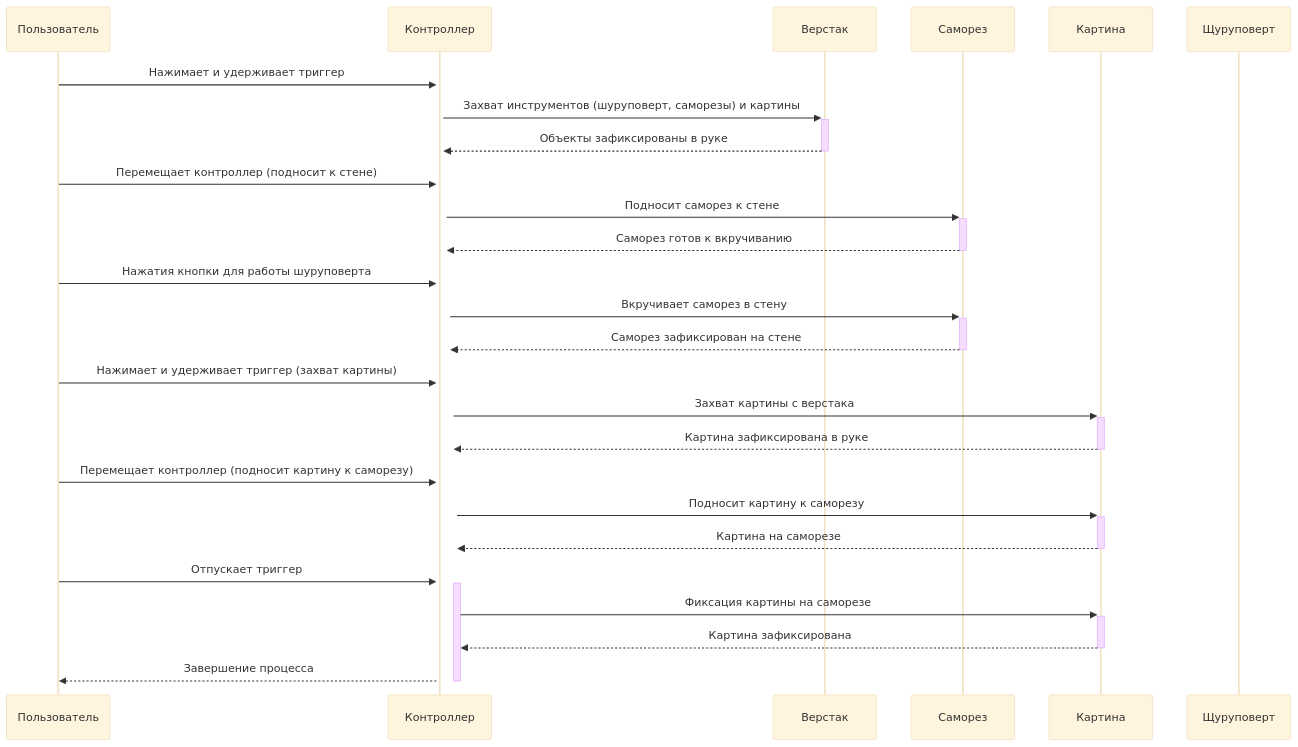
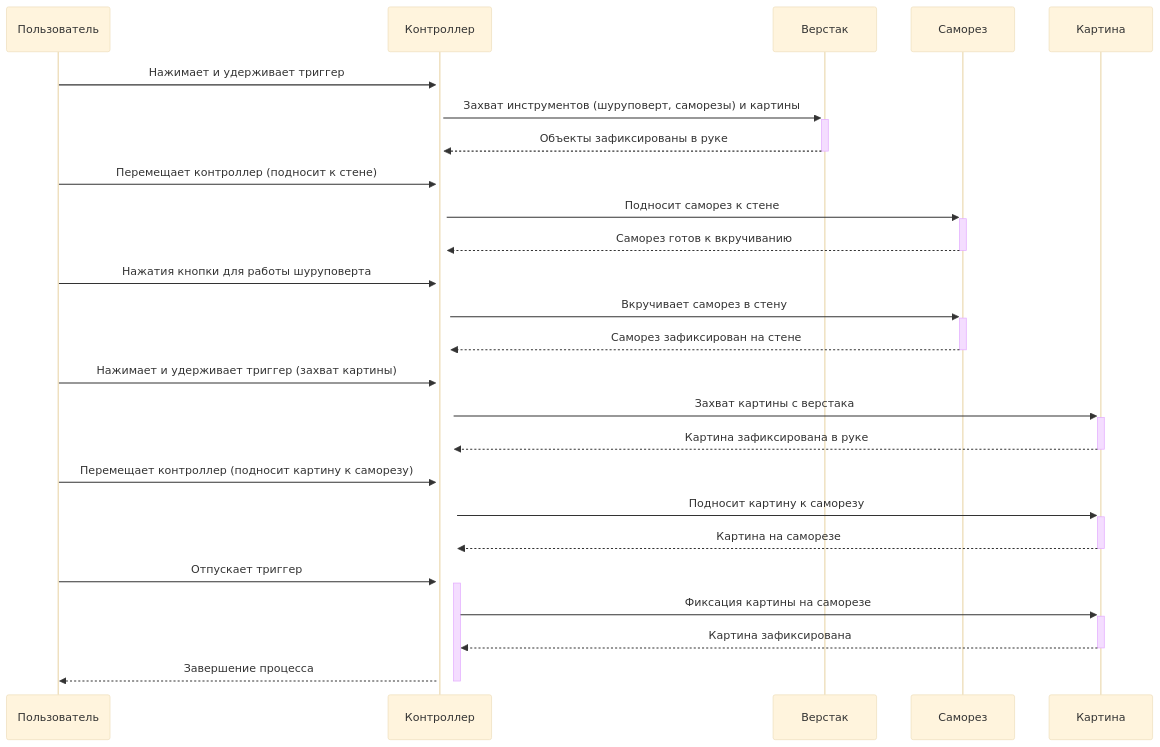
The diagram in all/не называться-1.md (NerdyCep/iodraw-files), drawn with Mermaid (base theme) before and after one commit.

Commit message:
2025-02-25 18:25:41 update

````diff
--- a/all/не называться-1.md
+++ b/all/не называться-1.md
@@ -1,29 +1,29 @@
 ```mermaid
 sequenceDiagram
     participant Пользователь
     participant Контроллер
     participant Верстак
     participant Саморез
     participant Картина
-     participant Щуруповерт
+    
 
     Пользователь->>+Контроллер: Нажимает и удерживает триггер
     Контроллер->>+Верстак: Захват инструментов (шуруповерт, саморезы) и картины
     Верстак-->>-Контроллер: Объекты зафиксированы в руке
     Пользователь->>+Контроллер: Перемещает контроллер (подносит к стене)
     Контроллер->>+Саморез: Подносит саморез к стене
     Саморез-->>-Контроллер: Саморез готов к вкручиванию
     Пользователь->>+Контроллер: Нажатия кнопки для работы шуруповерта
     Контроллер->>+Саморез: Вкручивает саморез в стену
     Саморез-->>-Контроллер: Саморез зафиксирован на стене
     Пользователь->>+Контроллер: Нажимает и удерживает триггер (захват картины)
     Контроллер->>+Картина: Захват картины с верстака
     Картина-->>-Контроллер: Картина зафиксирована в руке
     Пользователь->>+Контроллер: Перемещает контроллер (подносит картину к саморезу)
     Контроллер->>+Картина: Подносит картину к саморезу
     Картина-->>-Контроллер: Картина на саморезе
     Пользователь->>+Контроллер: Отпускает триггер
     Контроллер->>+Картина: Фиксация картины на саморезе
     Картина-->>-Контроллер: Картина зафиксирована
     Контроллер-->>-Пользователь: Завершение процесса
 ```
````
